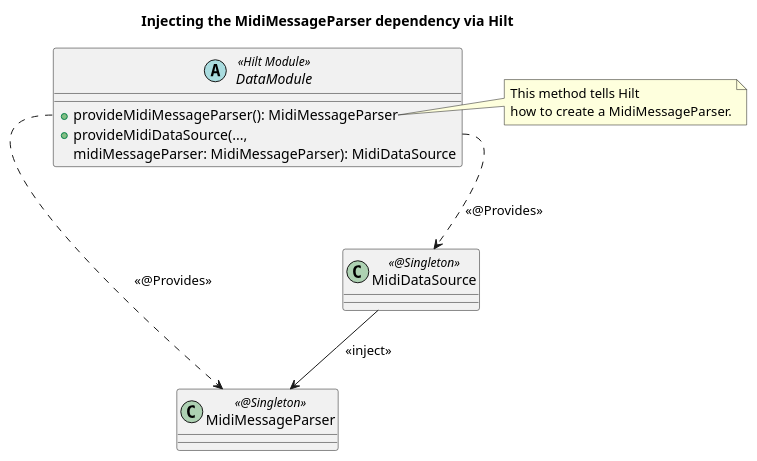
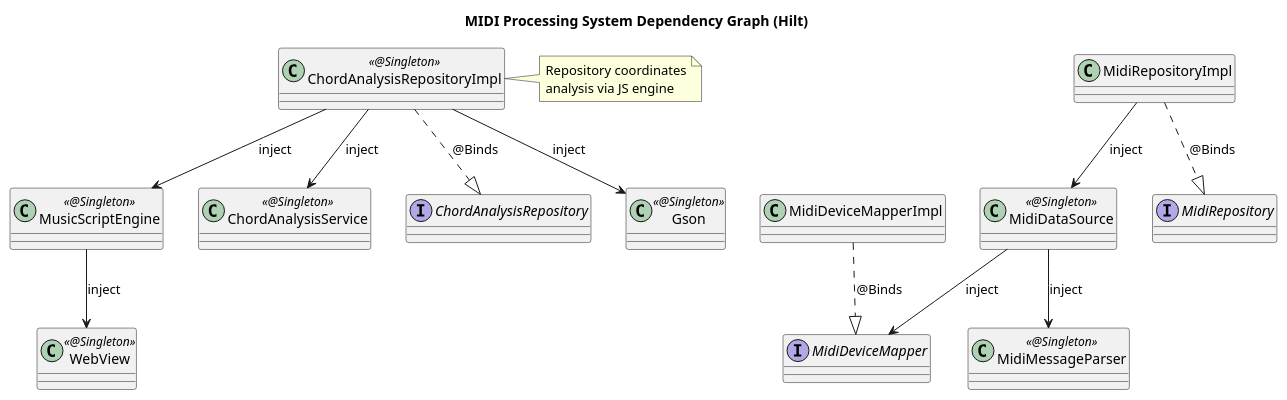
The fourth of 9 diagrams in docs/en/ts/MIDI_MESSAGE_PROCESSING.md (astrizhachuk/PianoFlow), drawn with PlantUML before and after one commit. The commit also changed other lines of this file and 47 other files, not shown here.

````diff
--- a/docs/en/ts/MIDI_MESSAGE_PROCESSING.md
+++ b/docs/en/ts/MIDI_MESSAGE_PROCESSING.md
@@ -175,25 +243,40 @@
 ```plantuml
 @startuml
-title Injecting the MidiMessageParser dependency via Hilt
+title MIDI Processing System Dependency Graph (Hilt)
 
 class MidiMessageParser <<@Singleton>>
+class MusicScriptEngine <<@Singleton>>
+class ChordAnalysisService <<@Singleton>>
 class MidiDataSource <<@Singleton>>
+class MidiRepositoryImpl
+class ChordAnalysisRepositoryImpl <<@Singleton>>
+interface MidiRepository
+interface ChordAnalysisRepository
+interface MidiDeviceMapper
+class MidiDeviceMapperImpl
+class Gson <<@Singleton>>
+class WebView <<@Singleton>>
 
-abstract class DataModule <<Hilt Module>> {
-  +provideMidiMessageParser(): MidiMessageParser
-  +provideMidiDataSource(...,
-  midiMessageParser: MidiMessageParser): MidiDataSource
-}
+' Repositories and their implementations (Binds)
+MidiRepositoryImpl ..|> MidiRepository : @Binds
+ChordAnalysisRepositoryImpl ..|> ChordAnalysisRepository : @Binds
+MidiDeviceMapperImpl ..|> MidiDeviceMapper : @Binds
 
-note right of DataModule::provideMidiMessageParser
-  This method tells Hilt
-  how to create a MidiMessageParser.
+' Repository dependencies
+MidiRepositoryImpl --> MidiDataSource : inject
+ChordAnalysisRepositoryImpl --> MusicScriptEngine : inject
+ChordAnalysisRepositoryImpl --> ChordAnalysisService : inject
+ChordAnalysisRepositoryImpl --> Gson : inject
+
+' Data sources and engines
+MidiDataSource --> MidiMessageParser : inject
+MidiDataSource --> MidiDeviceMapper : inject
+MusicScriptEngine --> WebView : inject
+
+note right of ChordAnalysisRepositoryImpl
+  Repository coordinates
+  analysis via JS engine
 end note
-
-' Dependencies
-DataModule::provideMidiMessageParser ..> MidiMessageParser : <<@Provides>>
-DataModule::provideMidiDataSource ..> MidiDataSource : <<@Provides>>
-MidiDataSource --> MidiMessageParser : <<inject>>
 
 @enduml
 ```
````
